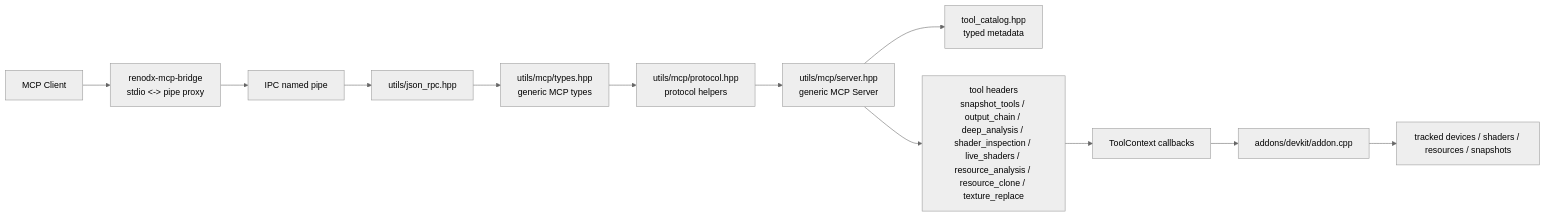
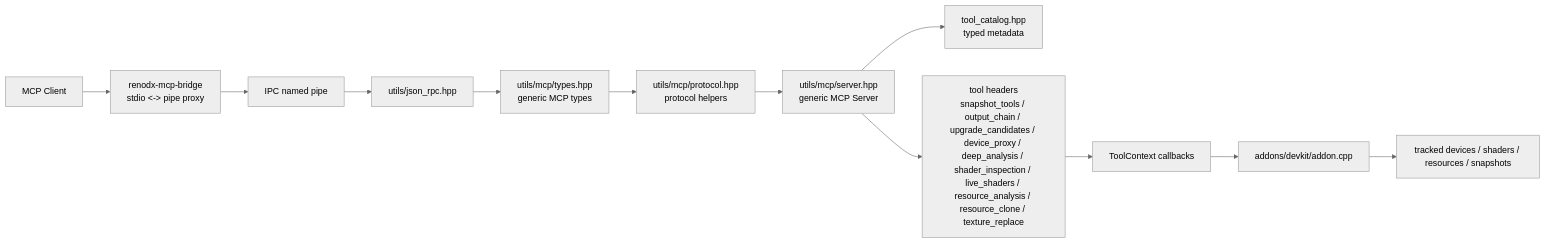
The first of 2 diagrams in src/addons/devkit/mcp/README.md (Lostpold88/renodx), drawn with Mermaid (neutral theme) before and after one commit. The commit also changed other lines of this file and 11 other files, not shown here.

````diff
--- a/src/addons/devkit/mcp/README.md
+++ b/src/addons/devkit/mcp/README.md
@@ -19,27 +19,27 @@
 ```mermaid
 flowchart LR
     Client["MCP Client"]
     Bridge["renodx-mcp-bridge<br/>stdio <-> pipe proxy"]
     Pipe["IPC named pipe"]
     Rpc["utils/json_rpc.hpp"]
     Types["utils/mcp/types.hpp<br/>generic MCP types"]
     Protocol["utils/mcp/protocol.hpp<br/>protocol helpers"]
     Server["utils/mcp/server.hpp<br/>generic MCP Server"]
     Catalog["tool_catalog.hpp<br/>typed metadata"]
-    Handlers["tool headers<br/>snapshot_tools / output_chain / deep_analysis / shader_inspection / live_shaders / resource_analysis / resource_clone / texture_replace"]
+    Handlers["tool headers<br/>snapshot_tools / output_chain / upgrade_candidates / device_proxy / deep_analysis / shader_inspection / live_shaders / resource_analysis / resource_clone / texture_replace"]
     Context["ToolContext callbacks"]
     Addon["addons/devkit/addon.cpp"]
     Runtime["tracked devices / shaders / resources / snapshots"]
 
     Client --> Bridge
     Bridge --> Pipe
     Pipe --> Rpc
     Rpc --> Types
     Types --> Protocol
     Protocol --> Server
     Server --> Catalog
     Server --> Handlers
     Handlers --> Context
     Context --> Addon
     Addon --> Runtime
 ```
````
